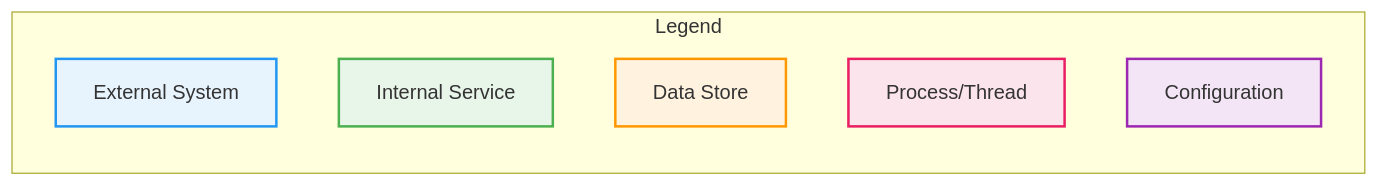
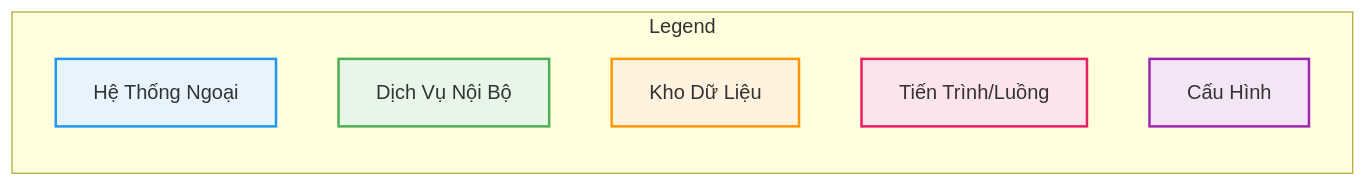
Before and after one commit to DEVTRAN07/JOHNTRAN-JS: the first of 5 diagrams in ARCHITECTURE_COMPLETE.md, drawn with Mermaid. The commit also changed other lines of this file and 11 other files, not shown here.

Commit message:
refactor: extract pluginDeps, split utils, extract LRU cache, update architecture docs

````diff
--- a/ARCHITECTURE_COMPLETE.md
+++ b/ARCHITECTURE_COMPLETE.md
@@ -5,16 +5,16 @@
 ```mermaid
 flowchart LR
     subgraph Legend
-        A[External System]:::ext
-        B[Internal Service]:::int
-        C[Data Store]:::store
-        D[Process/Thread]:::proc
-        E[Configuration]:::cfg
+        A[Hệ Thống Ngoại]:::ext
+        B[Dịch Vụ Nội Bộ]:::int
+        C[Kho Dữ Liệu]:::store
+        D[Tiến Trình/Luồng]:::proc
+        E[Cấu Hình]:::cfg
     end
 
     classDef ext fill:#e8f4fd,stroke:#2196f3,stroke-width:2px;
     classDef int fill:#e8f5e9,stroke:#4caf50,stroke-width:2px;
     classDef store fill:#fff3e0,stroke:#ff9800,stroke-width:2px;
     classDef proc fill:#fce4ec,stroke:#e91e63,stroke-width:2px;
     classDef cfg fill:#f3e5f5,stroke:#9c27b0,stroke-width:2px;
 ```
````
